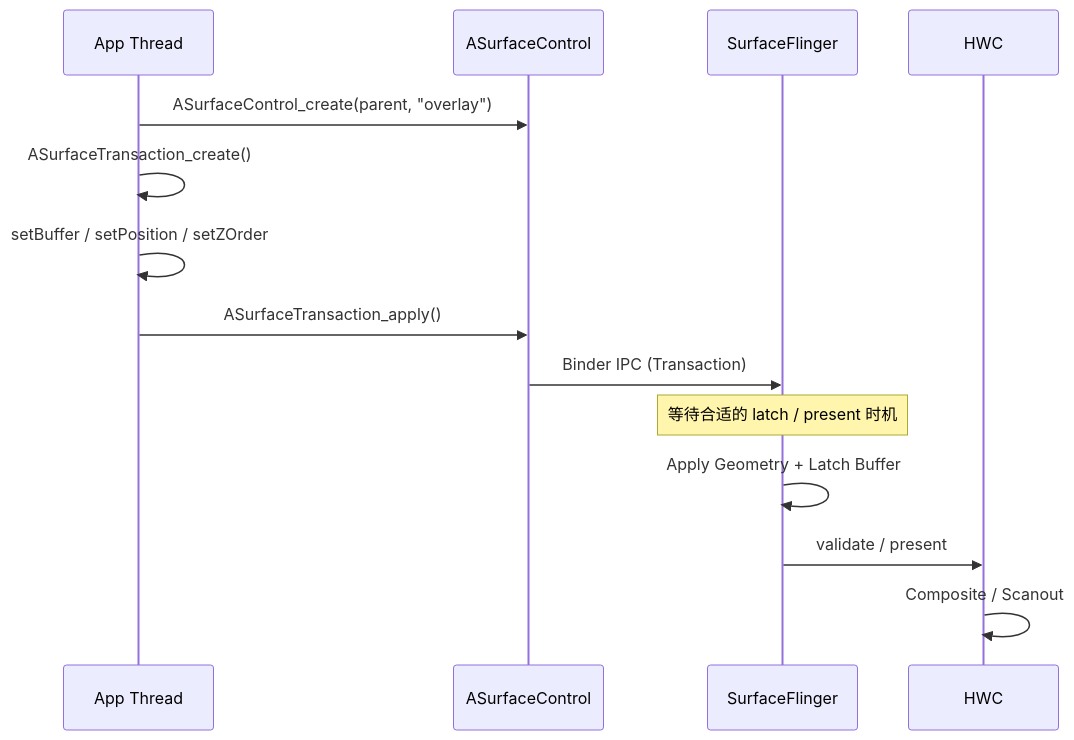
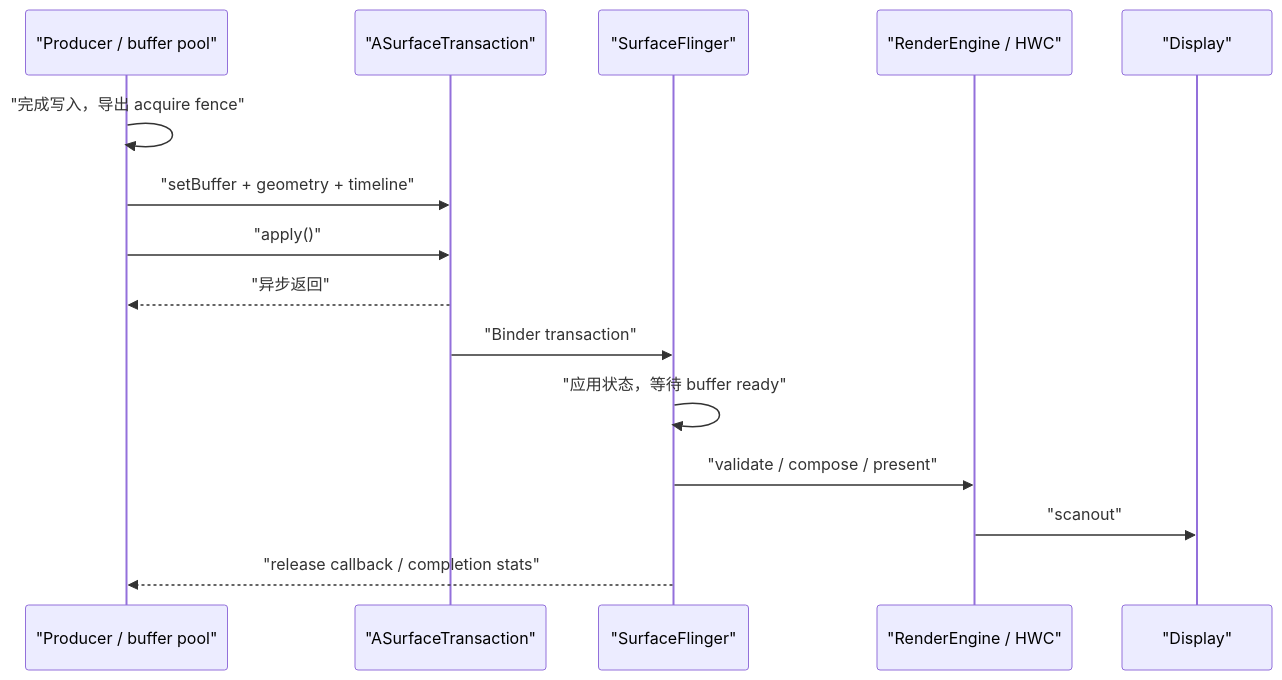
Before and after one commit to Gracker/android-internals-wiki: the second of 2 diagrams in src/part2-performance/ch18-rendering-pipelines/10-surface-control-api.md, drawn with Mermaid. The commit also changed other lines of this file, not shown here.

Commit message:
docs(rendering): review SurfaceControl API for Android 17

````diff
--- a/src/part2-performance/ch18-rendering-pipelines/10-surface-control-api.md
+++ b/src/part2-performance/ch18-rendering-pipelines/10-surface-control-api.md
@@ -164,18 +229,18 @@
 ```mermaid
 sequenceDiagram
- participant App as App Thread
- participant SC as ASurfaceControl
- participant SF as SurfaceFlinger
- participant HWC as HWC
+    participant Producer as "Producer / buffer pool"
+    participant NDK as "ASurfaceTransaction"
+    participant SF as "SurfaceFlinger"
+    participant RE as "RenderEngine / HWC"
+    participant Display as "Display"
 
- App->>SC: ASurfaceControl_create(parent, "overlay")
- App->>App: ASurfaceTransaction_create()
- App->>App: setBuffer / setPosition / setZOrder
- App->>SC: ASurfaceTransaction_apply()
-
- SC->>SF: Binder IPC (Transaction)
- Note over SF: 等待合适的 latch / present 时机
- SF->>SF: Apply Geometry + Latch Buffer
- SF->>HWC: validate / present
- HWC->>HWC: Composite / Scanout
+    Producer->>Producer: "完成写入，导出 acquire fence"
+    Producer->>NDK: "setBuffer + geometry + timeline"
+    Producer->>NDK: "apply()"
+    NDK-->>Producer: "异步返回"
+    NDK->>SF: "Binder transaction"
+    SF->>SF: "应用状态，等待 buffer ready"
+    SF->>RE: "validate / compose / present"
+    RE->>Display: "scanout"
+    SF-->>Producer: "release callback / completion stats"
 ```
````
